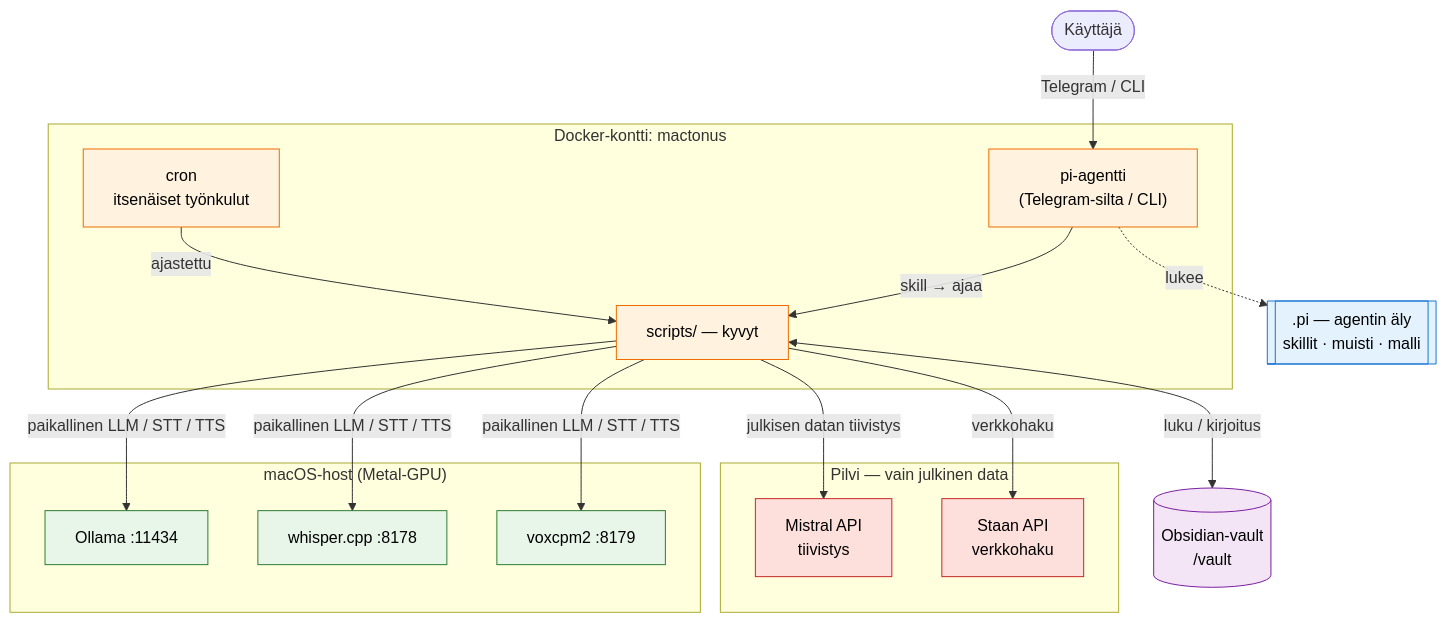
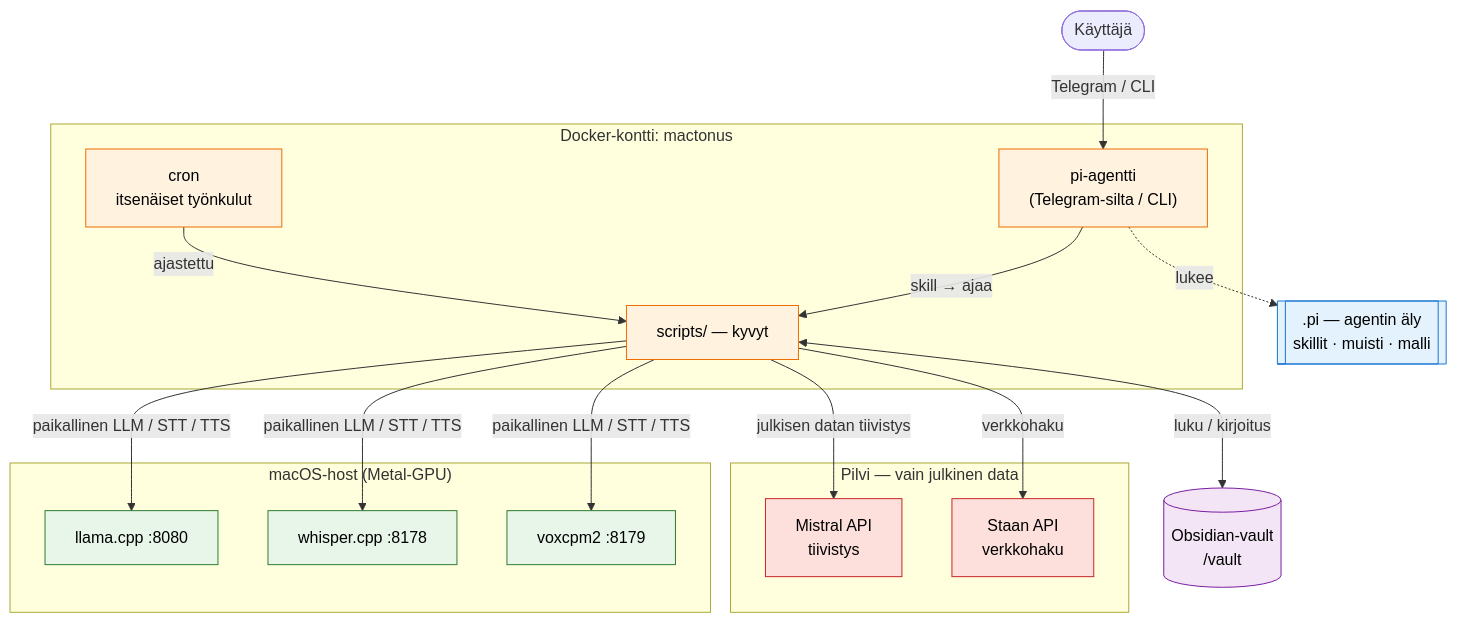
Before and after one commit to atonusgit/mactonus: the diagram in README.md, drawn with Mermaid. The commit also changed other lines of this file and 19 other files, not shown here.

First line of the commit message:
Migroi Ollamasta llama.cpp:hen (OpenAI-yhteensopiva rajapinta)

````diff
--- a/README.md
+++ b/README.md
@@ -9,40 +9,40 @@
 ```mermaid
 flowchart TB
     User([Käyttäjä])
     subgraph Pilvi["Pilvi — vain julkinen data"]
         Mistral["Mistral API<br/>tiivistys"]
         Staan["Staan API<br/>verkkohaku"]
     end
     subgraph Host["macOS-host (Metal-GPU)"]
-        Ollama["Ollama :11434"]
+        LLM["llama.cpp :8080"]
         Whisper["whisper.cpp :8178"]
         Vox["voxcpm2 :8179"]
     end
     subgraph Kontti["Docker-kontti: mactonus"]
         Cron["cron<br/>itsenäiset työnkulut"]
         Pi["pi-agentti<br/>(Telegram-silta / CLI)"]
         Scripts["scripts/ — kyvyt"]
     end
     Vault[("Obsidian-vault<br/>/vault")]
     PiRepo[[".pi — agentin äly<br/>skillit · muisti · malli"]]
 
     User -->|Telegram / CLI| Pi
     Pi -->|skill → ajaa| Scripts
     Cron -->|ajastettu| Scripts
     Pi -.lukee.-> PiRepo
-    Scripts -->|paikallinen LLM / STT / TTS| Ollama & Whisper & Vox
+    Scripts -->|paikallinen LLM / STT / TTS| LLM & Whisper & Vox
     Scripts -->|julkisen datan tiivistys| Mistral
     Scripts -->|verkkohaku| Staan
     Scripts <-->|luku / kirjoitus| Vault
 
     classDef pilvi fill:#fde0dc,stroke:#c62828,color:#000
     classDef palvelin fill:#e8f5e9,stroke:#2e7d32,color:#000
     classDef kontti fill:#fff3e0,stroke:#ef6c00,color:#000
     classDef vaultcls fill:#f3e5f5,stroke:#7b1fa2,color:#000
     classDef agent fill:#e3f2fd,stroke:#1976d2,color:#000
     class Mistral,Staan pilvi
-    class Ollama,Whisper,Vox palvelin
+    class LLM,Whisper,Vox palvelin
     class Cron,Pi,Scripts kontti
     class Vault vaultcls
     class PiRepo agent
 ```
````
